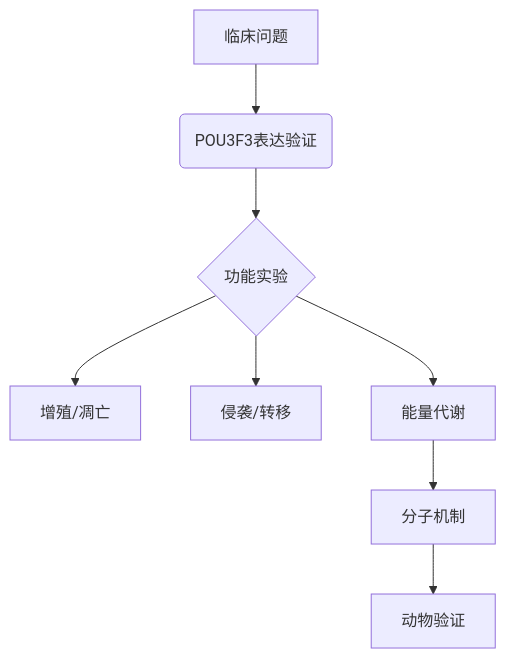
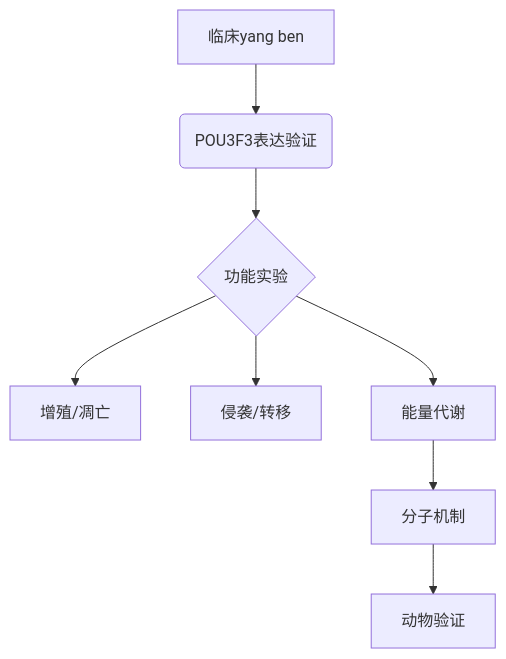
One commit to luoshui-binghua/iodraw-files changed the diagram in all/未命名.md. Above: the diagram before and after it, drawn with Mermaid.

Commit message:
2025-06-20 11:02:14 update

````diff
--- a/all/未命名.md
+++ b/all/未命名.md
@@ -1,11 +1,11 @@
 ```mermaid
 graph TD
-A[临床问题] --> B(POU3F3表达验证)
+A[临床yang ben] --> B(POU3F3表达验证)
 B --> C{功能实验}
 C --> D[增殖/凋亡]
 C --> E[侵袭/转移]
 C --> F[能量代谢]
 F --> G[分子机制]
 G --> H[动物验证]
 
 ```
````
